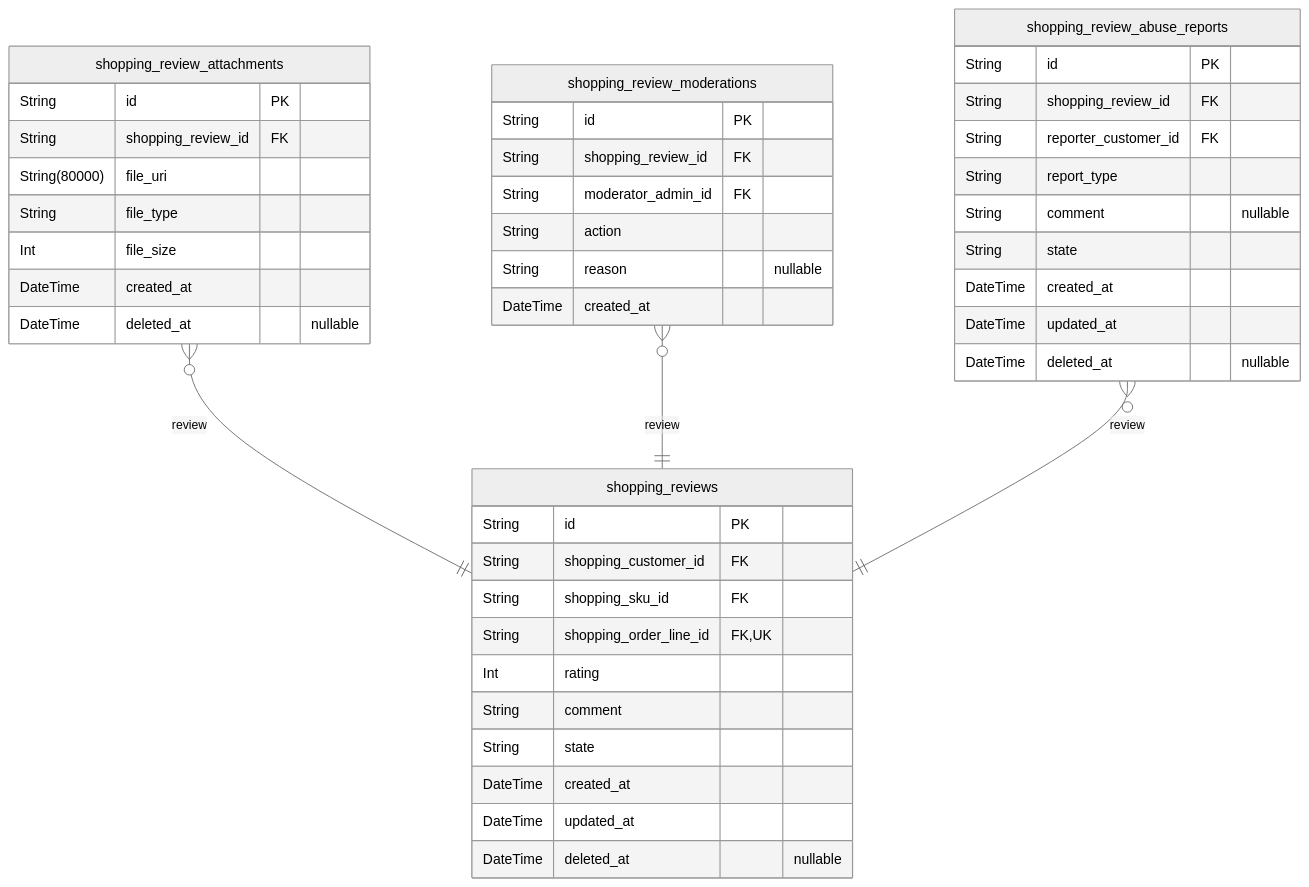
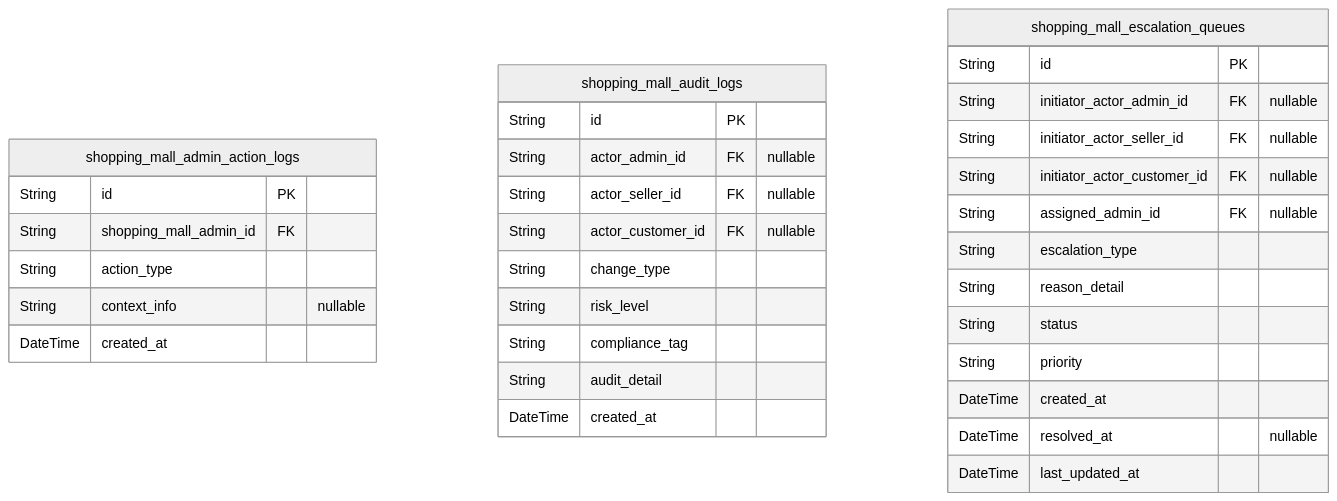
Before and after one commit to wrtnlabs/autobe-examples: the eighth of 10 diagrams in openai/gpt-4.1/shopping/docs/ERD.md, drawn with Mermaid (neutral theme). The commit also changed other lines of this file and 22498 other files, not shown here.

````diff
--- a/openai/gpt-4.1/shopping/docs/ERD.md
+++ b/openai/gpt-4.1/shopping/docs/ERD.md
@@ -1841,46 +1537,35 @@
 ```mermaid
 erDiagram
-"shopping_reviews" {
+"shopping_mall_admin_action_logs" {
   String id PK
-  String shopping_customer_id FK
-  String shopping_sku_id FK
-  String shopping_order_line_id FK,UK
-  Int rating
-  String comment
-  String state
-  DateTime created_at
-  DateTime updated_at
-  DateTime deleted_at "nullable"
-}
-"shopping_review_attachments" {
-  String id PK
-  String shopping_review_id FK
-  String(80000) file_uri
-  String file_type
-  Int file_size
-  DateTime created_at
-  DateTime deleted_at "nullable"
-}
-"shopping_review_moderations" {
-  String id PK
-  String shopping_review_id FK
-  String moderator_admin_id FK
-  String action
-  String reason "nullable"
+  String shopping_mall_admin_id FK
+  String action_type
+  String context_info "nullable"
   DateTime created_at
 }
-"shopping_review_abuse_reports" {
+"shopping_mall_audit_logs" {
   String id PK
-  String shopping_review_id FK
-  String reporter_customer_id FK
-  String report_type
-  String comment "nullable"
-  String state
+  String actor_admin_id FK "nullable"
+  String actor_seller_id FK "nullable"
+  String actor_customer_id FK "nullable"
+  String change_type
+  String risk_level
+  String compliance_tag
+  String audit_detail
   DateTime created_at
-  DateTime updated_at
-  DateTime deleted_at "nullable"
 }
-"shopping_review_attachments" }o--|| "shopping_reviews" : review
-"shopping_review_moderations" }o--|| "shopping_reviews" : review
-"shopping_review_abuse_reports" }o--|| "shopping_reviews" : review
+"shopping_mall_escalation_queues" {
+  String id PK
+  String initiator_actor_admin_id FK "nullable"
+  String initiator_actor_seller_id FK "nullable"
+  String initiator_actor_customer_id FK "nullable"
+  String assigned_admin_id FK "nullable"
+  String escalation_type
+  String reason_detail
+  String status
+  String priority
+  DateTime created_at
+  DateTime resolved_at "nullable"
+  DateTime last_updated_at
+}
 ```
````
